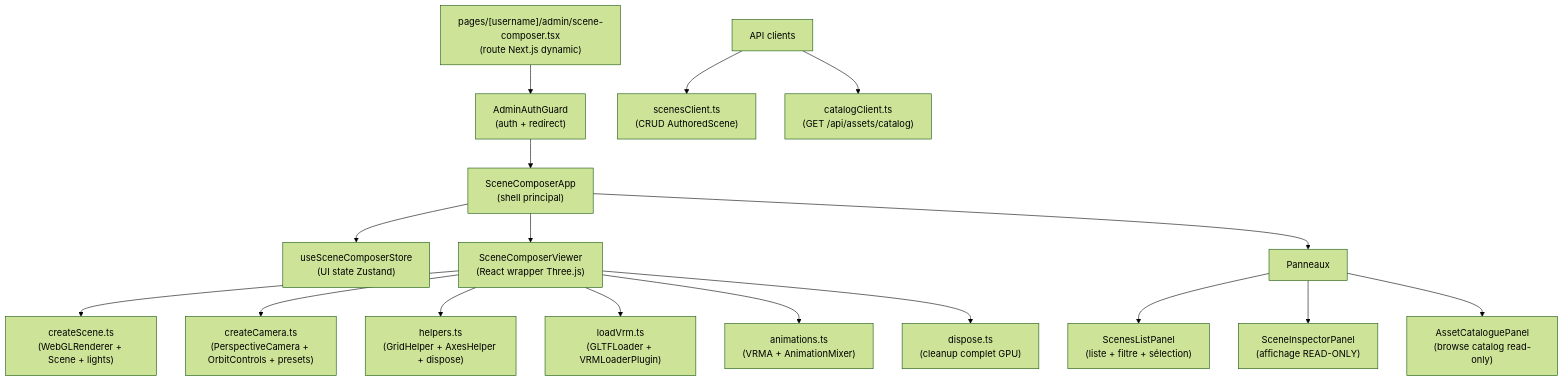
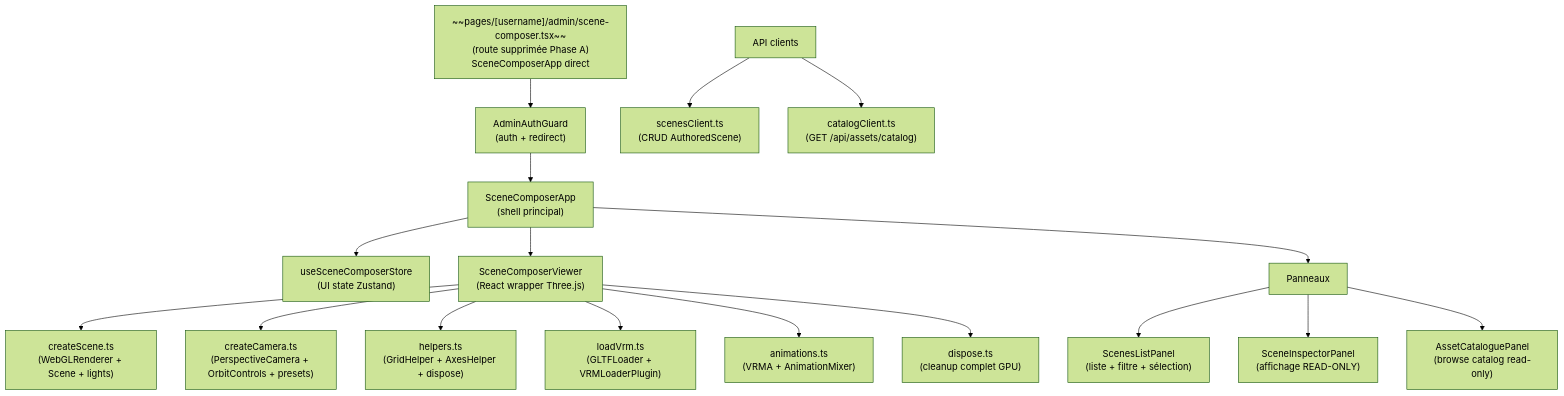
One commit to Asurelia/Shugu_stream changed the first of 5 diagrams in docs/SCENE_COMPOSER_FRONTEND.md. Above: the diagram before and after it, drawn with Mermaid (forest theme). The commit also changed other lines of this file, not shown here.

First line of the commit message:
chore(docs): note suppression routes scene-composer Phase A

````diff
--- a/docs/SCENE_COMPOSER_FRONTEND.md
+++ b/docs/SCENE_COMPOSER_FRONTEND.md
@@ -7,30 +9,30 @@
 ```mermaid
 graph TD
-    PAGE["pages/[username]/admin/scene-composer.tsx<br/>(route Next.js dynamic)"]
+    PAGE["~~pages/[username]/admin/scene-composer.tsx~~<br/>(route supprimée Phase A)<br/>SceneComposerApp direct"]
     GUARD["AdminAuthGuard<br/>(auth + redirect)"]
     APP["SceneComposerApp<br/>(shell principal)"]
     STORE["useSceneComposerStore<br/>(UI state Zustand)"]
     VIEWER["SceneComposerViewer<br/>(React wrapper Three.js)"]
     PANELS["Panneaux"]
     API["API clients"]
 
     PAGE --> GUARD
     GUARD --> APP
     APP --> STORE
     APP --> VIEWER
     APP --> PANELS
 
     VIEWER --> CREATE_SCENE["createScene.ts<br/>(WebGLRenderer + Scene + lights)"]
     VIEWER --> CREATE_CAM["createCamera.ts<br/>(PerspectiveCamera + OrbitControls + presets)"]
     VIEWER --> HELPERS["helpers.ts<br/>(GridHelper + AxesHelper + dispose)"]
     VIEWER --> LOAD_VRM["loadVrm.ts<br/>(GLTFLoader + VRMLoaderPlugin)"]
     VIEWER --> ANIMATIONS["animations.ts<br/>(VRMA + AnimationMixer)"]
     VIEWER --> DISPOSE["dispose.ts<br/>(cleanup complet GPU)"]
 
     PANELS --> SCENES_LIST["ScenesListPanel<br/>(liste + filtre + sélection)"]
     PANELS --> INSPECTOR["SceneInspectorPanel<br/>(affichage READ-ONLY)"]
     PANELS --> CATALOG["AssetCataloguePanel<br/>(browse catalog read-only)"]
 
     API --> SCENES_CLIENT["scenesClient.ts<br/>(CRUD AuthoredScene)"]
     API --> CATALOG_CLIENT["catalogClient.ts<br/>(GET /api/assets/catalog)"]
 ```
````
